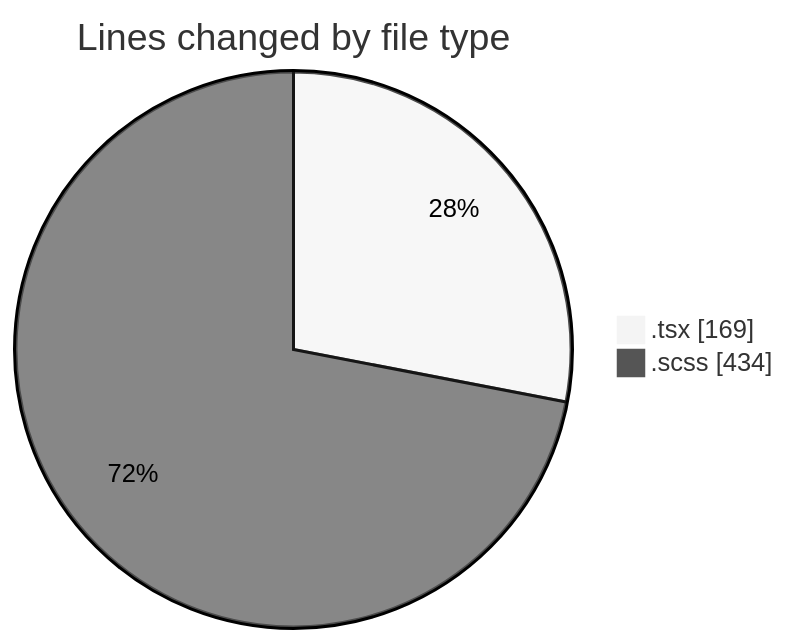
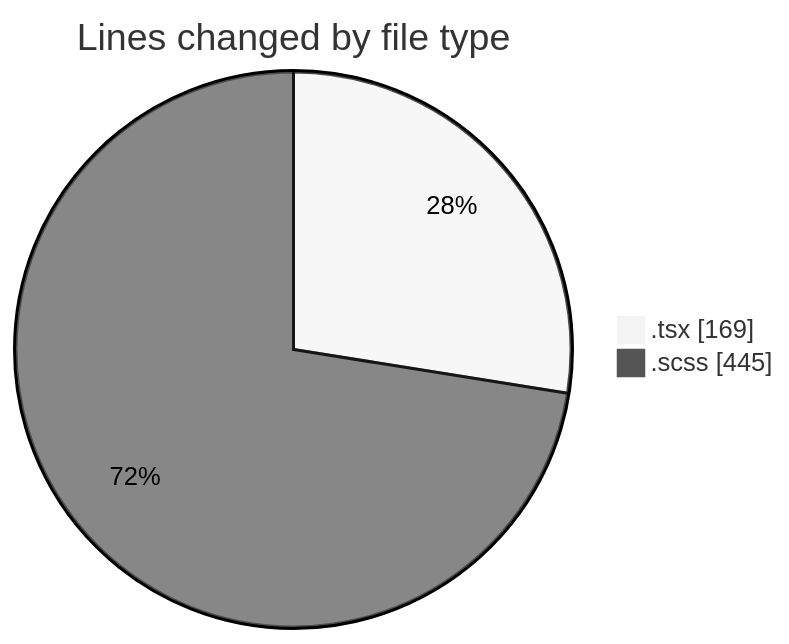
Before and after one commit to momahboobian/code-tracking: the first of 2 diagrams in 2025-09-19/cda/README.md, drawn with Mermaid (neutral theme). The commit also changed other lines of this file and 1 other file, not shown here.

````diff
--- a/2025-09-19/cda/README.md
+++ b/2025-09-19/cda/README.md
@@ -21,6 +21,6 @@
 ```mermaid
 pie showData
 title Lines changed by file type
 ".tsx" : 169
-".scss" : 434
+".scss" : 445
 ```
````
